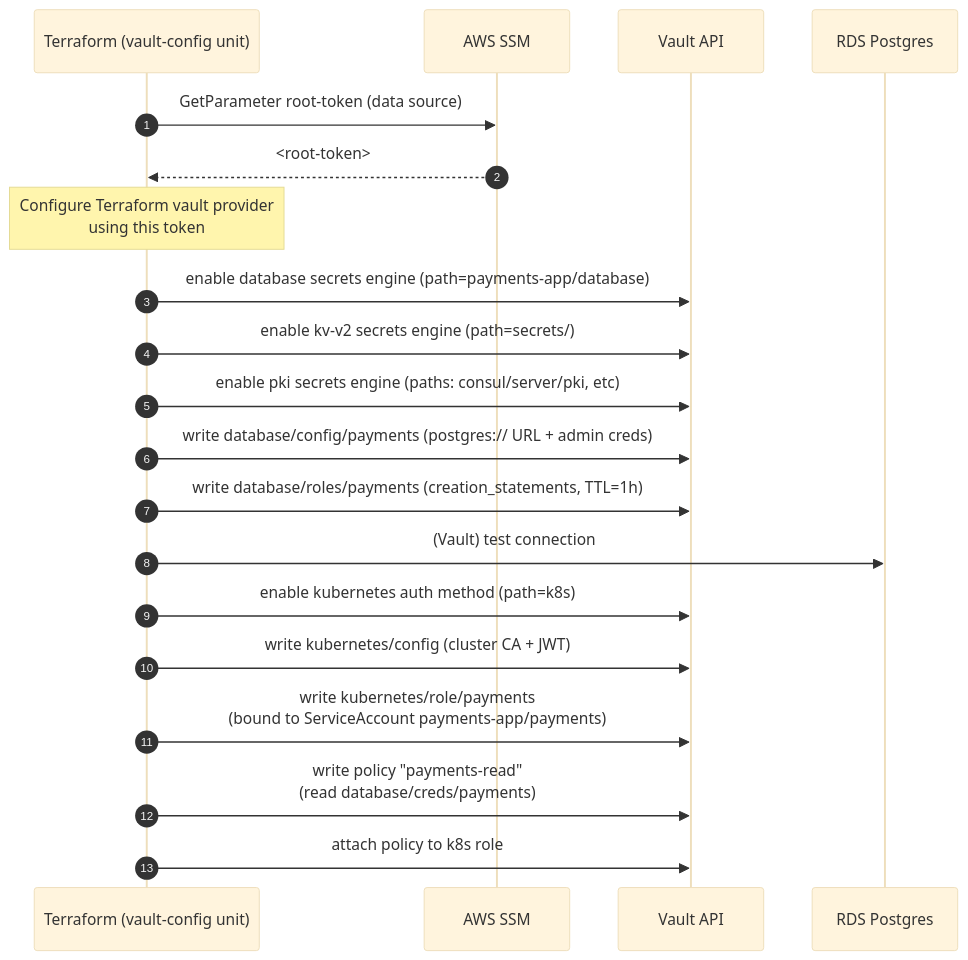
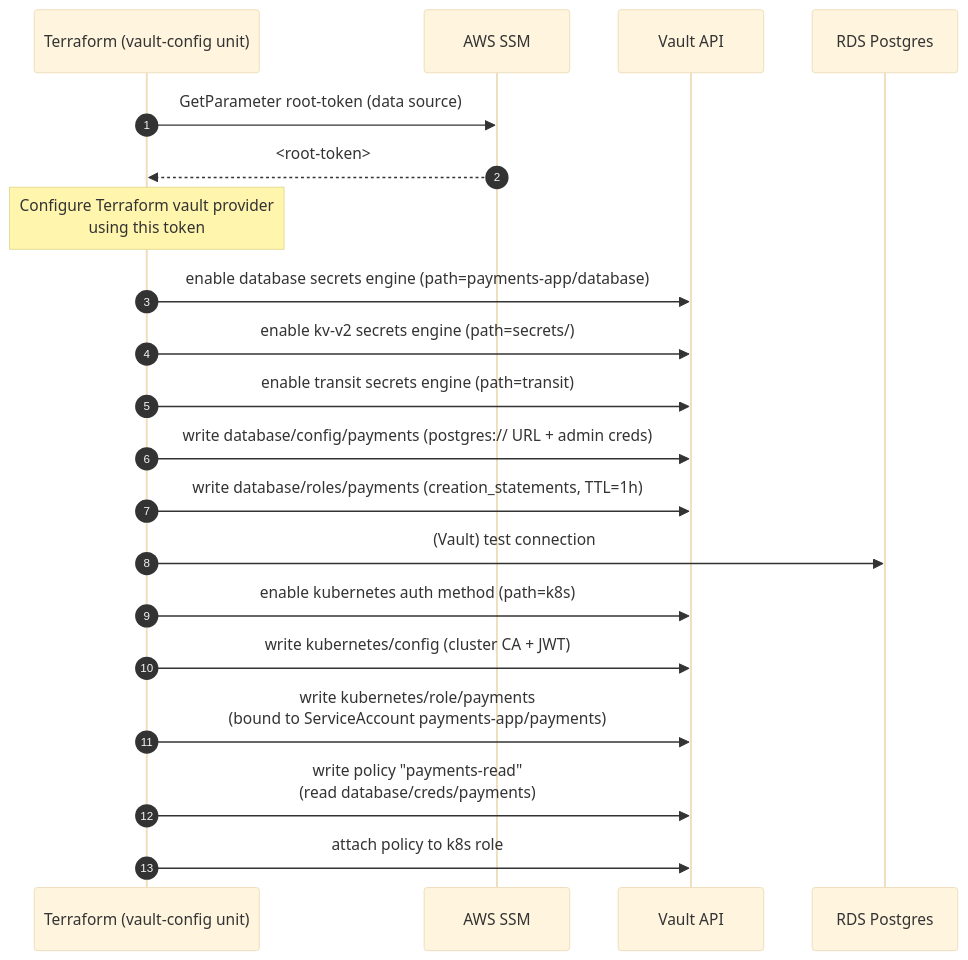
Before and after one commit to dungxtd/terragrunt-stacks: the eighth of 11 diagrams in docs/runbooks/cluster-lifecycle.md, drawn with Mermaid (base theme). The commit also changed 5 other files, not shown here.

````diff
--- a/docs/runbooks/cluster-lifecycle.md
+++ b/docs/runbooks/cluster-lifecycle.md
@@ -571,24 +571,24 @@
 ```mermaid
 sequenceDiagram
     autonumber
     participant TF as Terraform (vault-config unit)
     participant SSM as AWS SSM
     participant V as Vault API
     participant DB as RDS Postgres
 
     TF->>SSM: GetParameter root-token (data source)
     SSM-->>TF: <root-token>
     Note over TF: Configure Terraform vault provider<br/>using this token
 
     TF->>V: enable database secrets engine (path=payments-app/database)
     TF->>V: enable kv-v2 secrets engine (path=secrets/)
-    TF->>V: enable pki secrets engine (paths: consul/server/pki, etc)
+    TF->>V: enable transit secrets engine (path=transit)
     TF->>V: write database/config/payments (postgres:// URL + admin creds)
     TF->>V: write database/roles/payments (creation_statements, TTL=1h)
     TF->>DB: (Vault) test connection
     TF->>V: enable kubernetes auth method (path=k8s)
     TF->>V: write kubernetes/config (cluster CA + JWT)
     TF->>V: write kubernetes/role/payments<br/>(bound to ServiceAccount payments-app/payments)
     TF->>V: write policy "payments-read"<br/>(read database/creds/payments)
     TF->>V: attach policy to k8s role
 ```
````
